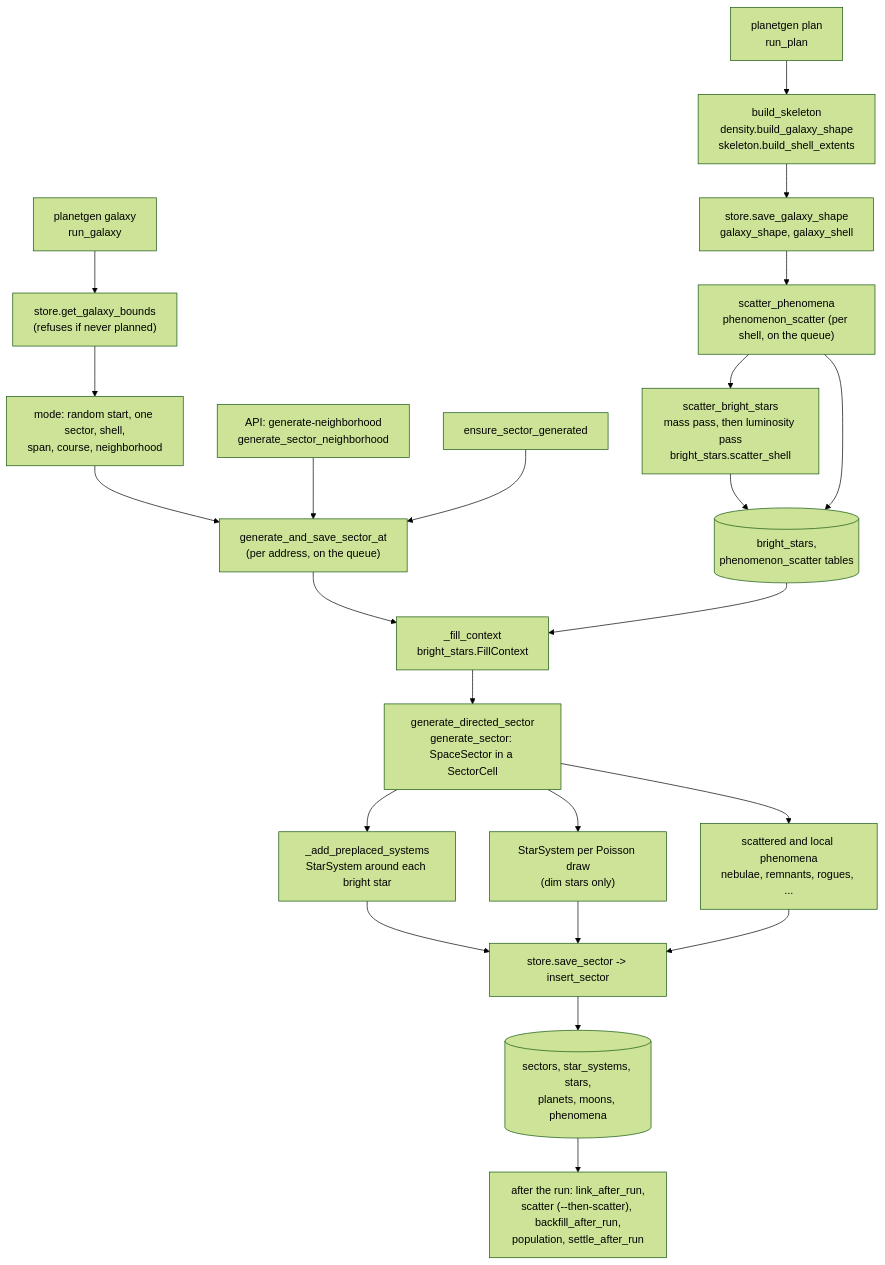
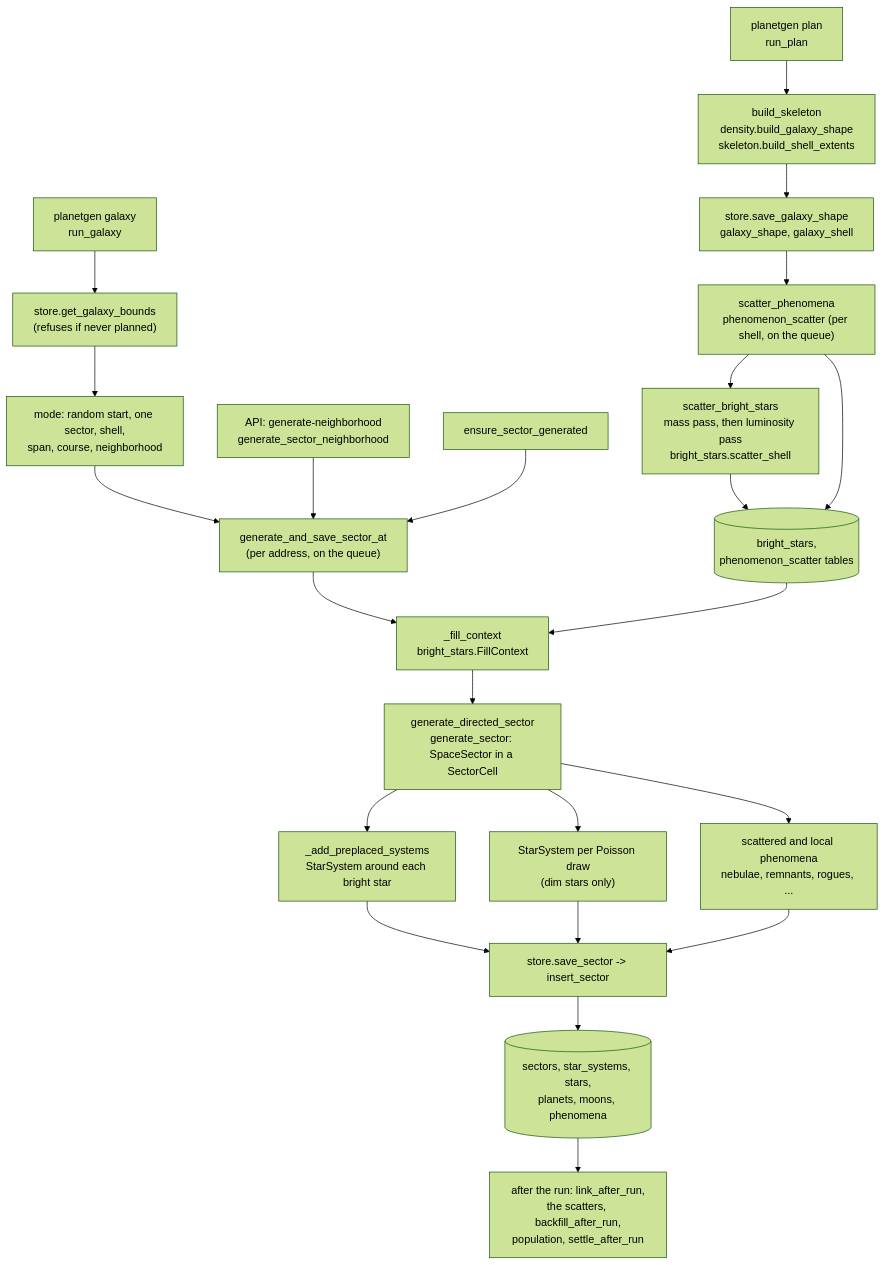
Before and after one commit to dwhagar/planetGen: the second of 8 diagrams in docs/design/architecture/architecture.md, drawn with Mermaid (forest theme). The commit also changed other lines of this file and 30 other files, not shown here.

````diff
--- a/docs/design/architecture/architecture.md
+++ b/docs/design/architecture/architecture.md
@@ -678,26 +678,26 @@
 ```mermaid
 flowchart TD
     Plan["planetgen plan<br/>run_plan"] --> Skel["build_skeleton<br/>density.build_galaxy_shape<br/>skeleton.build_shell_extents"]
     Skel --> SaveSkel["store.save_galaxy_shape<br/>galaxy_shape, galaxy_shell"]
     SaveSkel --> Phen["scatter_phenomena<br/>phenomenon_scatter (per shell, on the queue)"]
     Phen --> Scatter["scatter_bright_stars<br/>mass pass, then luminosity pass<br/>bright_stars.scatter_shell"]
     Scatter --> BS[("bright_stars,<br/>phenomenon_scatter tables")]
     Phen --> BS
 
     Galaxy["planetgen galaxy<br/>run_galaxy"] --> Bounds["store.get_galaxy_bounds<br/>(refuses if never planned)"]
     Bounds --> Mode["mode: random start, one sector, shell,<br/>span, course, neighborhood"]
     Mode --> At["generate_and_save_sector_at<br/>(per address, on the queue)"]
     OnDemand["API: generate-neighborhood<br/>generate_sector_neighborhood"] --> At
     Lazy["ensure_sector_generated"] --> At
     At --> Fill["_fill_context<br/>bright_stars.FillContext"]
     BS --> Fill
     Fill --> GenSec["generate_directed_sector<br/>generate_sector: SpaceSector in a SectorCell"]
     GenSec --> Pre["_add_preplaced_systems<br/>StarSystem around each bright star"]
     GenSec --> Dim["StarSystem per Poisson draw<br/>(dim stars only)"]
     GenSec --> Ph["scattered and local phenomena<br/>nebulae, remnants, rogues, ..."]
     Pre --> Save["store.save_sector -> insert_sector"]
     Dim --> Save
     Ph --> Save
     Save --> DB[("sectors, star_systems, stars,<br/>planets, moons, phenomena")]
-    DB --> After["after the run: link_after_run,<br/>scatter (--then-scatter), backfill_after_run,<br/>population, settle_after_run"]
+    DB --> After["after the run: link_after_run,<br/>the scatters, backfill_after_run,<br/>population, settle_after_run"]
 ```
````
